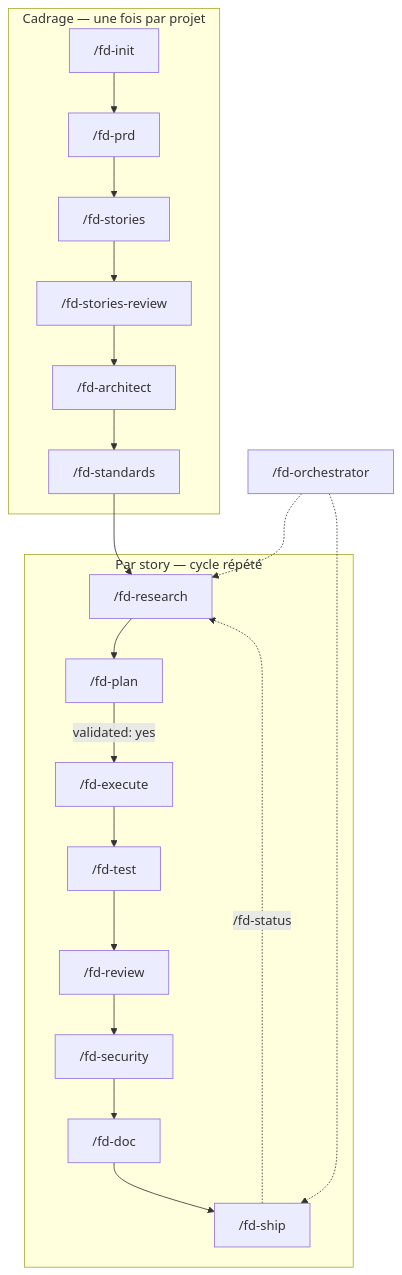
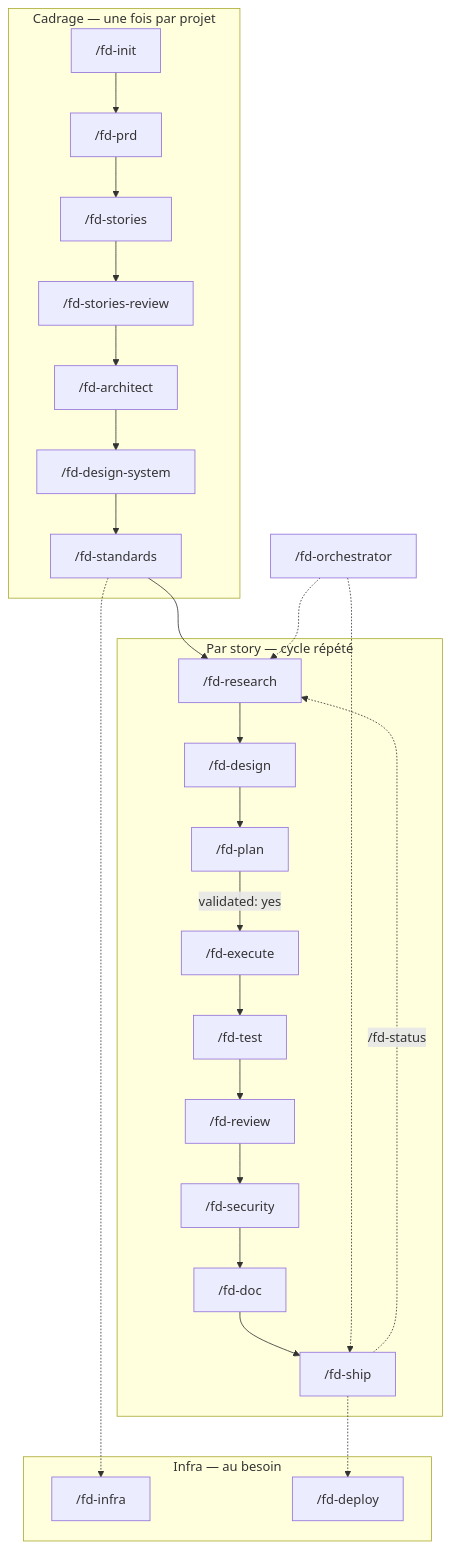
Before and after one commit to nfassorydiaby/flash-dev: the diagram in DOC.md, drawn with Mermaid. The commit also changed other lines of this file and 14 other files, not shown here.

Commit message:
feat: ajoute les axes design et infra (fd-design-system, fd-design, fd-infra, fd-deploy, infra-guard)

````diff
--- a/DOC.md
+++ b/DOC.md
@@ -22,26 +22,35 @@
 ```mermaid
 flowchart TD
     subgraph Cadrage["Cadrage — une fois par projet"]
         A["/fd-init"] --> B["/fd-prd"]
         B --> C["/fd-stories"]
         C --> D["/fd-stories-review"]
         D --> E["/fd-architect"]
-        E --> F["/fd-standards"]
+        E --> DS["/fd-design-system"]
+        DS --> F["/fd-standards"]
     end
 
     subgraph Story["Par story — cycle répété"]
-        G["/fd-research"] --> H["/fd-plan"]
+        G["/fd-research"] --> DG["/fd-design"]
+        DG --> H["/fd-plan"]
         H -->|validated: yes| I["/fd-execute"]
         I --> J["/fd-test"]
         J --> K["/fd-review"]
         K --> L["/fd-security"]
         L --> M["/fd-doc"]
         M --> N["/fd-ship"]
     end
 
+    subgraph Infra["Infra — au besoin"]
+        P["/fd-infra"]
+        Q["/fd-deploy"]
+    end
+
     F --> G
     N -.->|/fd-status| G
+    F -.-> P
+    N -.-> Q
 
     O["/fd-orchestrator"] -.-> G
     O -.-> N
 ```
````
